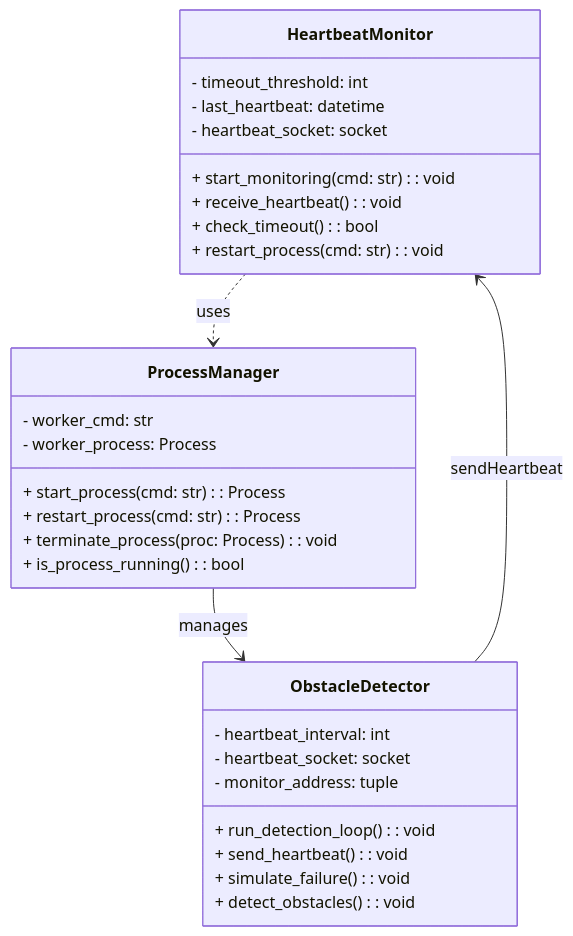
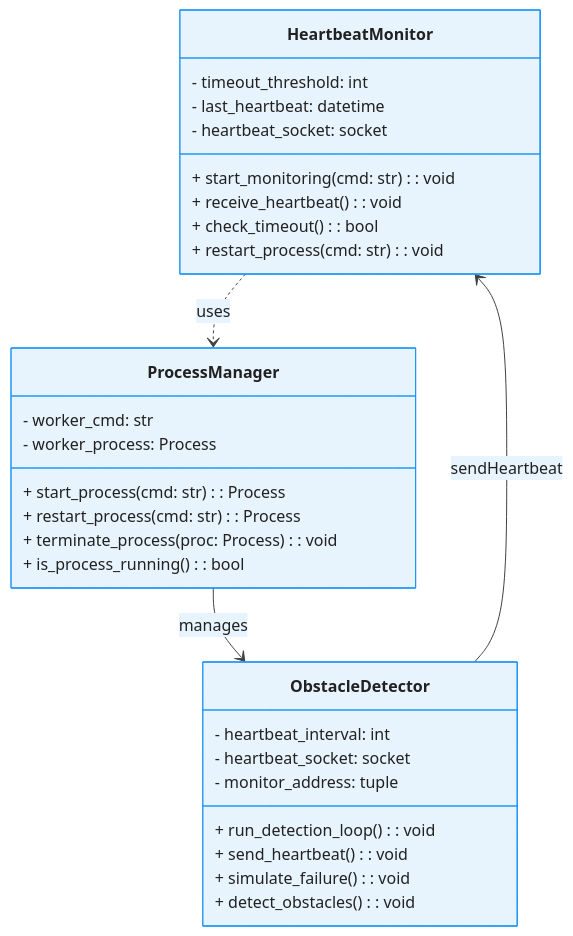
The first of 2 diagrams in README.md (ajbarea/heartbeat-obstacle-detector), drawn with Mermaid before and after one commit. The commit also changed other lines of this file and 6 other files, not shown here.

````diff
--- a/README.md
+++ b/README.md
@@ -46,35 +46,64 @@
 ```mermaid
+---
+config:
+  theme: 'base'
+  themeVariables:
+    primaryColor: '#E8F4FD'
+    primaryBorderColor: '#2196F3'
+    primaryTextColor: '#1565C0'
+    secondaryColor: '#F3E5F5'
+    secondaryBorderColor: '#9C27B0'
+    secondaryTextColor: '#6A1B9A'
+    tertiaryColor: '#E8F5E8'
+    tertiaryBorderColor: '#4CAF50'
+    tertiaryTextColor: '#2E7D32'
+    lineColor: '#424242'
+    background: '#FAFAFA'
+    textColor: '#212121'
+    nodeTextColor: '#1565C0'
+    edgeLabelBackground: '#FFFFFF'
+    clusterBkg: '#F5F5F5'
+    clusterBorder: '#BDBDBD'
+    fillType0: '#E3F2FD'
+    fillType1: '#F3E5F5'
+    fillType2: '#E8F5E8'
+    fillType3: '#FFF3E0'
+    fillType4: '#FCE4EC'
+    fillType5: '#F1F8E9'
+    fillType6: '#E0F2F1'
+    fillType7: '#FFF8E1'
+---
 classDiagram
     class HeartbeatMonitor {
         - timeout_threshold: int
         - last_heartbeat: datetime
         - heartbeat_socket: socket
         + start_monitoring(cmd: str): void
         + receive_heartbeat(): void
         + check_timeout(): bool
         + restart_process(cmd: str): void
     }
 
     class ProcessManager {
         - worker_cmd: str
         - worker_process: Process
         + start_process(cmd: str): Process
         + restart_process(cmd: str): Process
         + terminate_process(proc: Process): void
         + is_process_running(): bool
     }
 
     class ObstacleDetector {
         - heartbeat_interval: int
         - heartbeat_socket: socket
         - monitor_address: tuple
         + run_detection_loop(): void
         + send_heartbeat(): void
         + simulate_failure(): void
         + detect_obstacles(): void
     }
 
     HeartbeatMonitor ..> ProcessManager : uses
     ProcessManager --> ObstacleDetector : manages
     ObstacleDetector --> HeartbeatMonitor : sendHeartbeat
 ```
````
